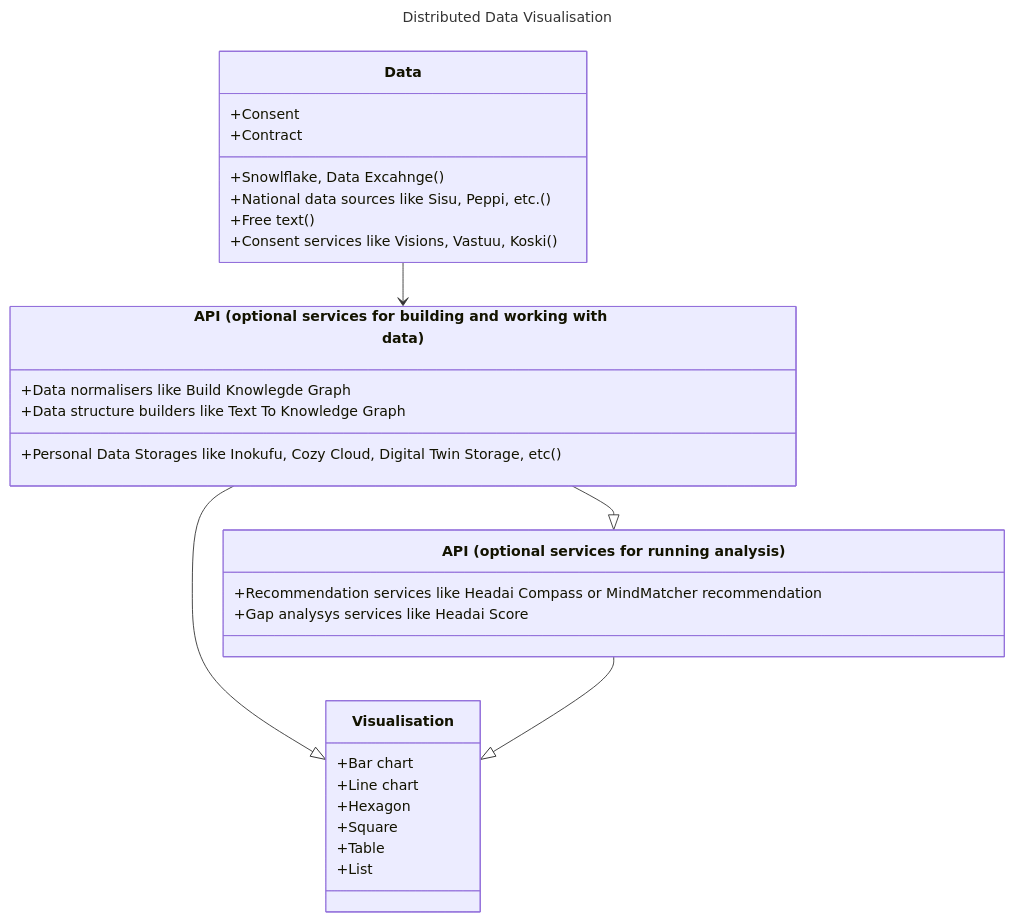
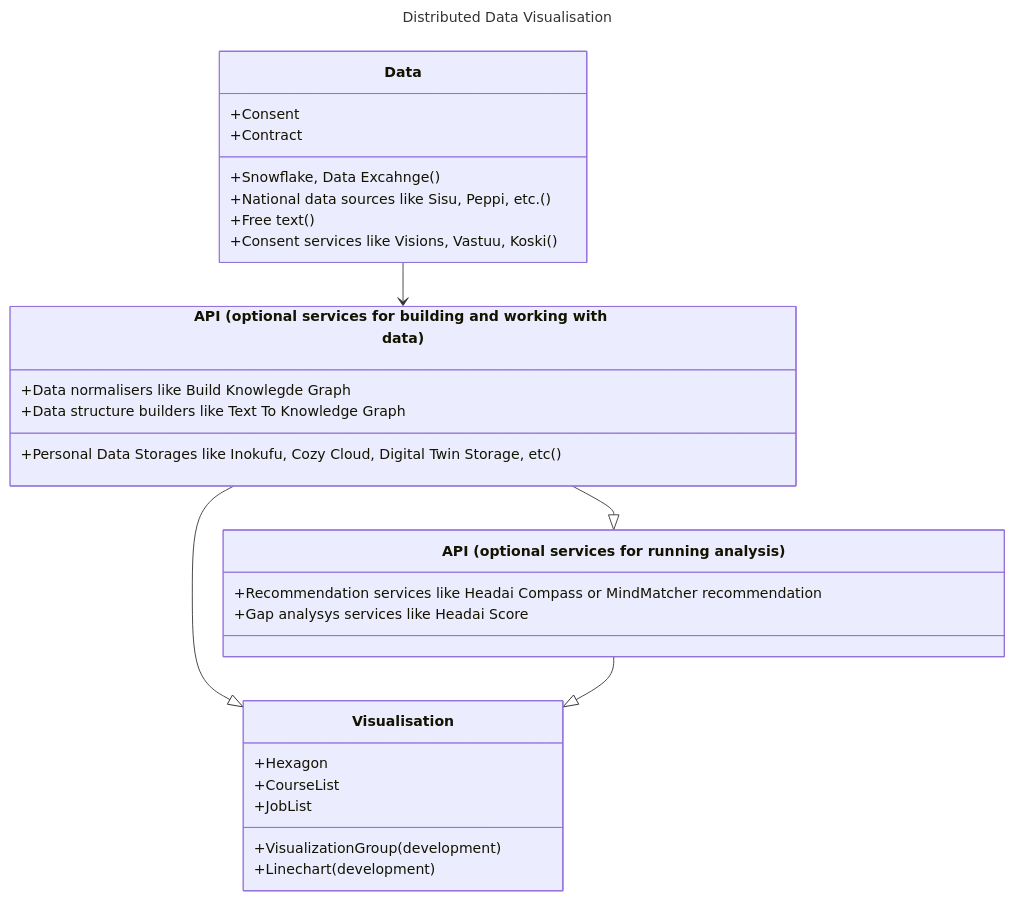
One commit to azapat/distributed-datavis changed the first of 3 diagrams in docs/design-document.md. Above: the diagram before and after it, drawn with Mermaid. The commit also changed other lines of this file and 15 other files, not shown here.

````diff
--- a/docs/design-document.md
+++ b/docs/design-document.md
@@ -267,31 +209,30 @@
 ```mermaid
 ---
 title: Distributed Data Visualisation
 ---
 
 classDiagram
     class Api1["API (optional services for building and working with data)"]
     class Api2["API (optional services for running analysis)"]
     Data --> Api1
     Api1 --|> Visualisation
     Api1 --|> Api2
     Api2 --|> Visualisation
     Data : +Consent
     Data : +Contract
-    Data : +Snowlflake, Data Excahnge()
+    Data : +Snowflake, Data Excahnge()
     Data : +National data sources like Sisu, Peppi, etc.()
     Data : +Free text()
     Data : +Consent services like Visions, Vastuu, Koski()
     Api1 : +Data normalisers like Build Knowlegde Graph
     Api1 : +Data structure builders like Text To Knowledge Graph
     Api1 : +Personal Data Storages like Inokufu, Cozy Cloud, Digital Twin Storage, etc()
-    Visualisation: +Bar chart
-    Visualisation: +Line chart
     Visualisation: +Hexagon
-    Visualisation: +Square
-    Visualisation: +Table
-    Visualisation: +List
+    Visualisation: +CourseList
+    Visualisation: +JobList
+    Visualisation: +VisualizationGroup (development)
+    Visualisation: +Linechart (development)
     Api2 : +Recommendation services like Headai Compass or MindMatcher recommendation
     Api2 : +Gap analysys services like Headai Score
 
 ```
````
